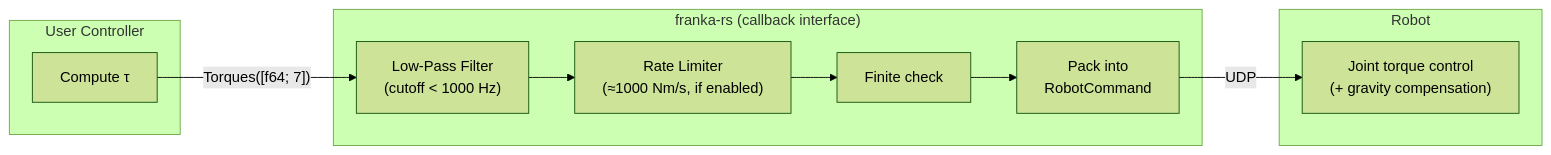
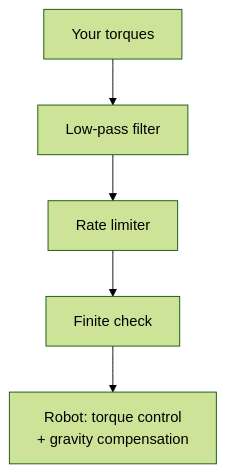
Before and after one commit to ColeTen/franka-rs: the diagram in docs/src/torque-control.md, drawn with Mermaid (forest theme). The commit also changed other lines of this file and 28 other files, not shown here.

````diff
--- a/docs/src/torque-control.md
+++ b/docs/src/torque-control.md
@@ -81,23 +33,4 @@
 ```mermaid
-flowchart LR
-    subgraph "User Controller"
-        CTRL[Compute τ]
-    end
-
-    subgraph "franka-rs (callback interface)"
-        LP["Low-Pass Filter<br/>(cutoff < 1000 Hz)"]
-        RL["Rate Limiter<br/>(≈1000 Nm/s, if enabled)"]
-        FIN["Finite check"]
-        CMD["Pack into<br/>RobotCommand"]
-    end
-
-    subgraph "Robot"
-        JOINT["Joint torque control<br/>(+ gravity compensation)"]
-    end
-
-    CTRL -->|"Torques([f64; 7])"| LP
-    LP --> RL
-    RL --> FIN
-    FIN --> CMD
-    CMD -->|UDP| JOINT
+flowchart TB
+    U["Your torques"] --> L["Low-pass filter"] --> R["Rate limiter"] --> C["Finite check"] --> S["Robot: torque control<br/>+ gravity compensation"]
 ```
````
